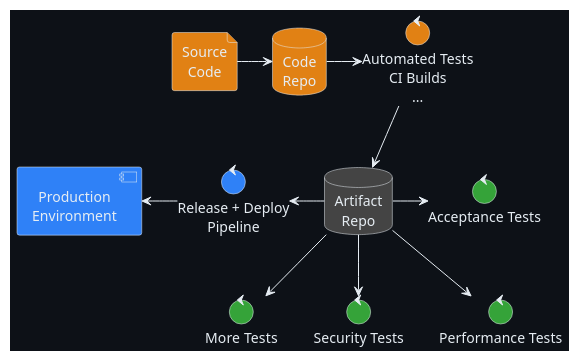
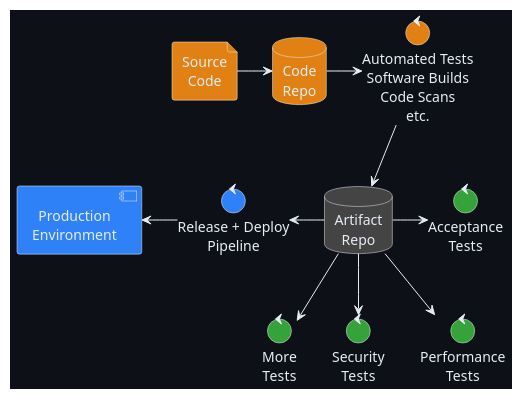
One commit to sommerfeld-io/dev-environment-config changed the diagram in docs/modules/ROOT/pages/development-guidelines.adoc. Above: the diagram before and after it, drawn with PlantUML.

Commit message:
minor text update

```diff
--- a/docs/modules/ROOT/pages/development-guidelines.adoc
+++ b/docs/modules/ROOT/pages/development-guidelines.adoc
@@ -43,53 +43,53 @@
 [plantuml, puml-build-image, svg]
 ----
 @startuml
 
 skinparam monochrome false
 skinparam componentStyle uml2
 skinparam backgroundColor #0D1117
 skinparam ArrowColor #e6edf3
 skinparam NoteBorderColor #e6edf3
 skinparam NoteFontColor #e6edf3
 skinparam NoteBackgroundColor transparent
 skinparam ComponentBorderColor #e6edf3
 skinparam ComponentFontColor #e6edf3
 skinparam DatabaseBorderColor #e6edf3
 skinparam DatabaseBackgroundColor #444
 skinparam DatabaseFontColor #e6edf3
 skinparam FileBorderColor #e6edf3
 skinparam FileFontColor #e6edf3
 skinparam ControlBorderColor #e6edf3
 skinparam ControlFontColor #e6edf3
 skinparam defaultTextAlignment center
 skinparam activity {
 FontName Ubuntu
 }
 
 file code as "Source\nCode" #E18114
 database code_repo as "Code\nRepo" #E18114
 database artifact_repo as "Artifact\nRepo"
-control ci as "Automated Tests\nCI Builds\n..." #E18114
+control ci as "Automated Tests\nSoftware Builds\nCode Scans\netc." #E18114
 
 code -> code_repo
 code_repo -right-> ci
 ci -down-> artifact_repo
 
-control more as "More Tests" #35A339
-control acceptance as "Acceptance Tests" #35A339
-control security as "Security Tests" #35A339
-control performance as "Performance Tests" #35A339
+control more as "More\nTests" #35A339
+control acceptance as "Acceptance\nTests" #35A339
+control security as "Security\nTests" #35A339
+control performance as "Performance\nTests" #35A339
 artifact_repo -right-> acceptance
 artifact_repo -down-> security
 artifact_repo -down-> performance
 artifact_repo -down-> more
 
 control deploy as "Release + Deploy\nPipeline" #2F81F7
 component prod as "Production\nEnvironment" #2F81F7
 
 artifact_repo -left-> deploy
 deploy -left-> prod
 
 code_repo -[hidden]right- artifact_repo
 
 @enduml
 ----
```
